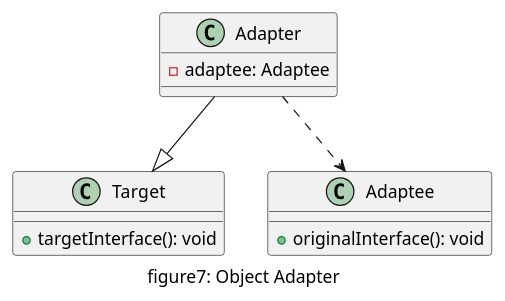
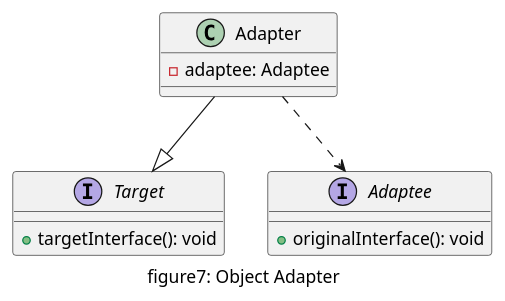
Before and after one commit to daileyet/designpattern4cplusplus: the diagram in doc/uml/07_adapter_object.pu, drawn with PlantUML. The commit also changed 33 other files, not shown here.

Commit message:
add iterator and change uml before

```diff
--- a/doc/uml/07_adapter_object.pu
+++ b/doc/uml/07_adapter_object.pu
@@ -1,17 +1,17 @@
 @startuml "figure7_adapter_object"
 caption figure7: Object Adapter
-class Target{
+interface Target{
     + targetInterface(): void
 }
 
-class Adaptee{
+interface Adaptee{
     + originalInterface(): void
 }
 
 class Adapter{
     - adaptee: Adaptee    
 }
 
 Adapter --|> Target
 Adapter ..> Adaptee
 @enduml
```
